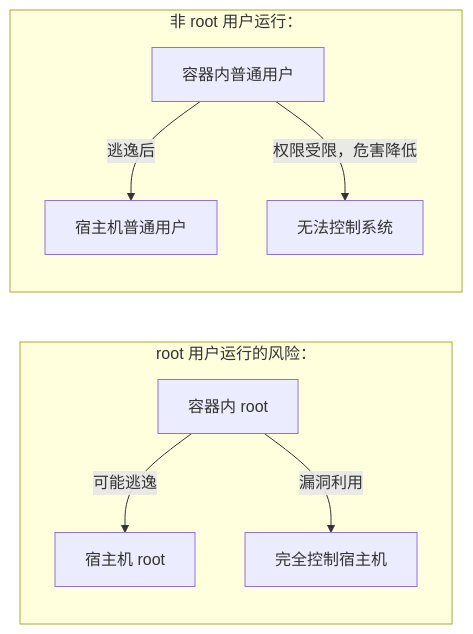
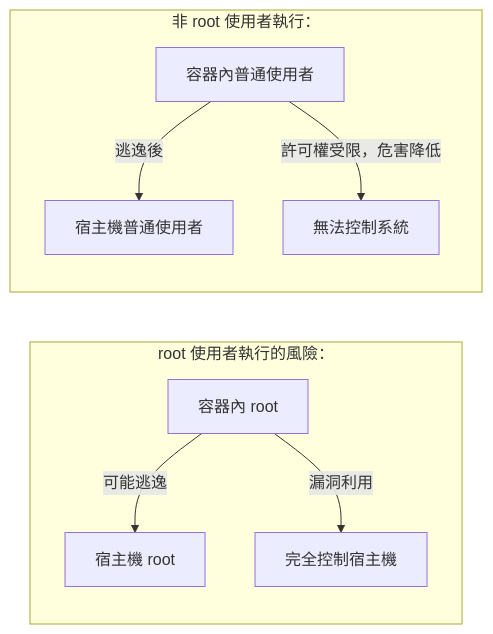
Before and after one commit to alexkuoecity/docker-practice-master-zh-tw: the diagram in 07_dockerfile/7.11_user.md, drawn with Mermaid. The commit also changed other lines of this file and 200 other files, not shown here.

````diff
--- a/07_dockerfile/7.11_user.md
+++ b/07_dockerfile/7.11_user.md
@@ -17,14 +17,14 @@
 ```mermaid
 flowchart LR
-    subgraph Root ["root 用户运行的风险："]
+    subgraph Root ["root 使用者執行的風險："]
         direction TB
-        R_C["容器内 root"] -- 可能逃逸 --> R_H["宿主机 root"]
-        R_C -- 漏洞利用 --> R_Control["完全控制宿主机"]
+        R_C["容器內 root"] -- 可能逃逸 --> R_H["宿主機 root"]
+        R_C -- 漏洞利用 --> R_Control["完全控制宿主機"]
     end
 
-    subgraph NonRoot ["非 root 用户运行："]
+    subgraph NonRoot ["非 root 使用者執行："]
         direction TB
-        NR_C["容器内普通用户"] -- 逃逸后 --> NR_H["宿主机普通用户"]
-        NR_C -- 权限受限，危害降低 --> NR_Safe["无法控制系统"]
+        NR_C["容器內普通使用者"] -- 逃逸後 --> NR_H["宿主機普通使用者"]
+        NR_C -- 許可權受限，危害降低 --> NR_Safe["無法控制系統"]
     end
 ```
````
